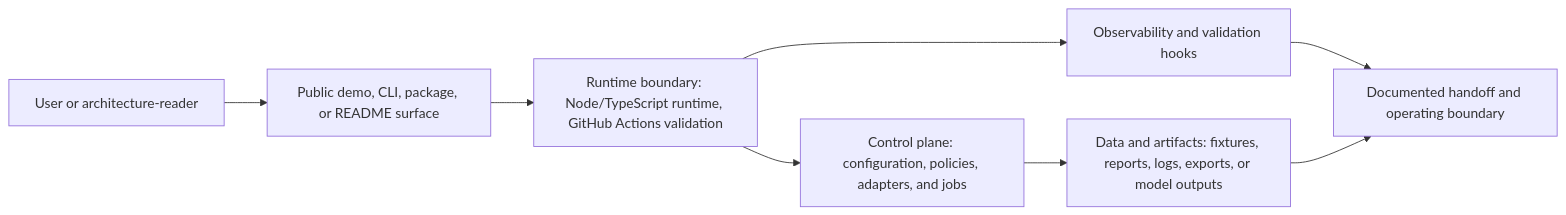
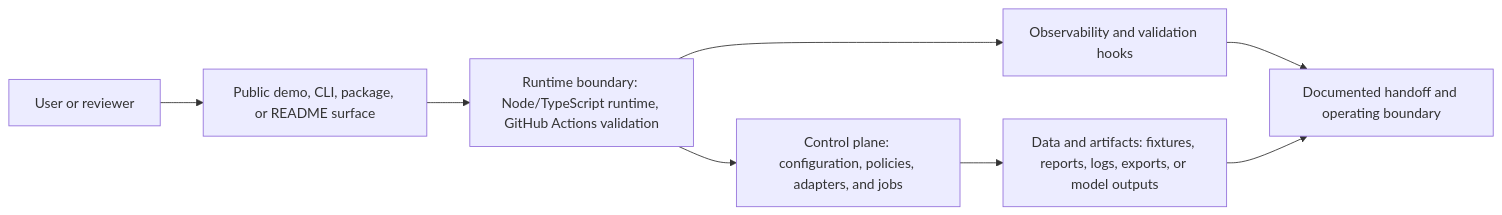
The diagram in docs/system-architecture.md (KIM3310/multi-cli-pilot), drawn with Mermaid before and after one commit. The commit also changed 25 other files, not shown here.

````diff
--- a/docs/system-architecture.md
+++ b/docs/system-architecture.md
@@ -18,10 +18,10 @@
 ```mermaid
 flowchart LR
-    User["User or architecture-reader"] --> Surface["Public demo, CLI, package, or README surface"]
+    User["User or reviewer"] --> Surface["Public demo, CLI, package, or README surface"]
     Surface --> Runtime["Runtime boundary: Node/TypeScript runtime, GitHub Actions validation"]
     Runtime --> Control["Control plane: configuration, policies, adapters, and jobs"]
     Control --> Data["Data and artifacts: fixtures, reports, logs, exports, or model outputs"]
     Runtime --> Observability["Observability and validation hooks"]
     Observability --> Handoff["Documented handoff and operating boundary"]
     Data --> Handoff
 ```
````
